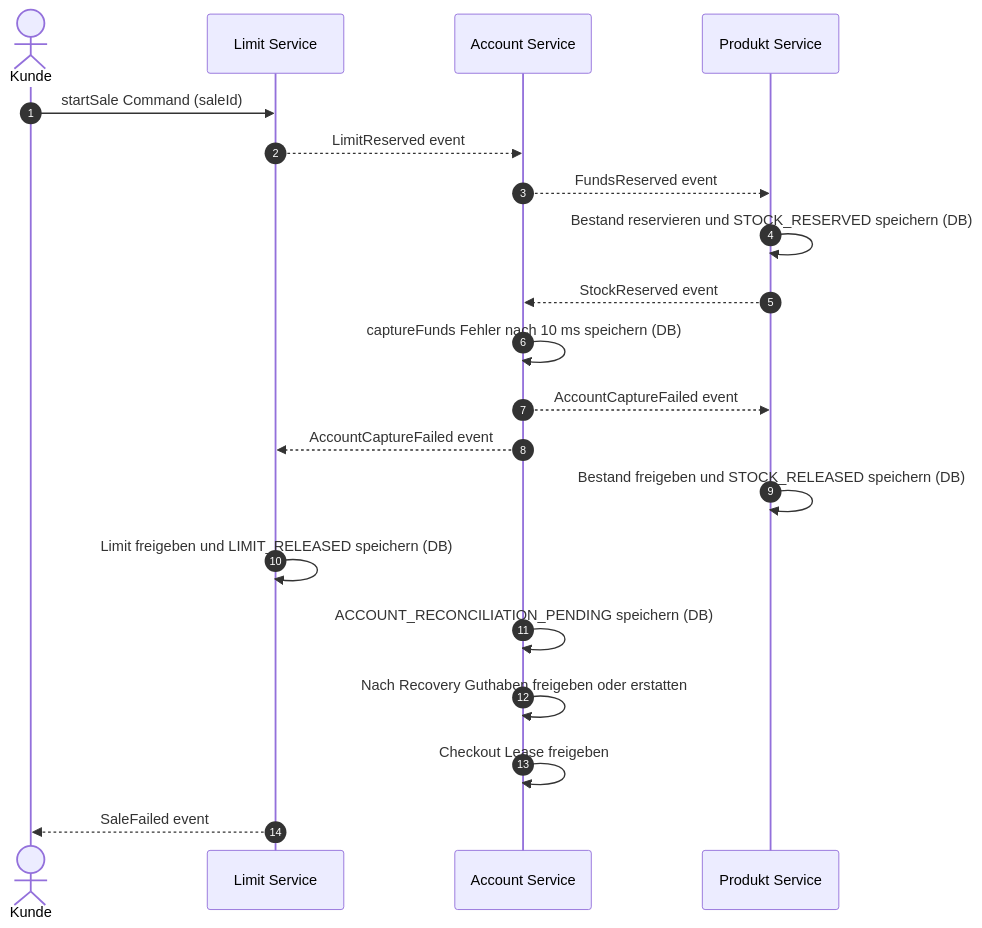
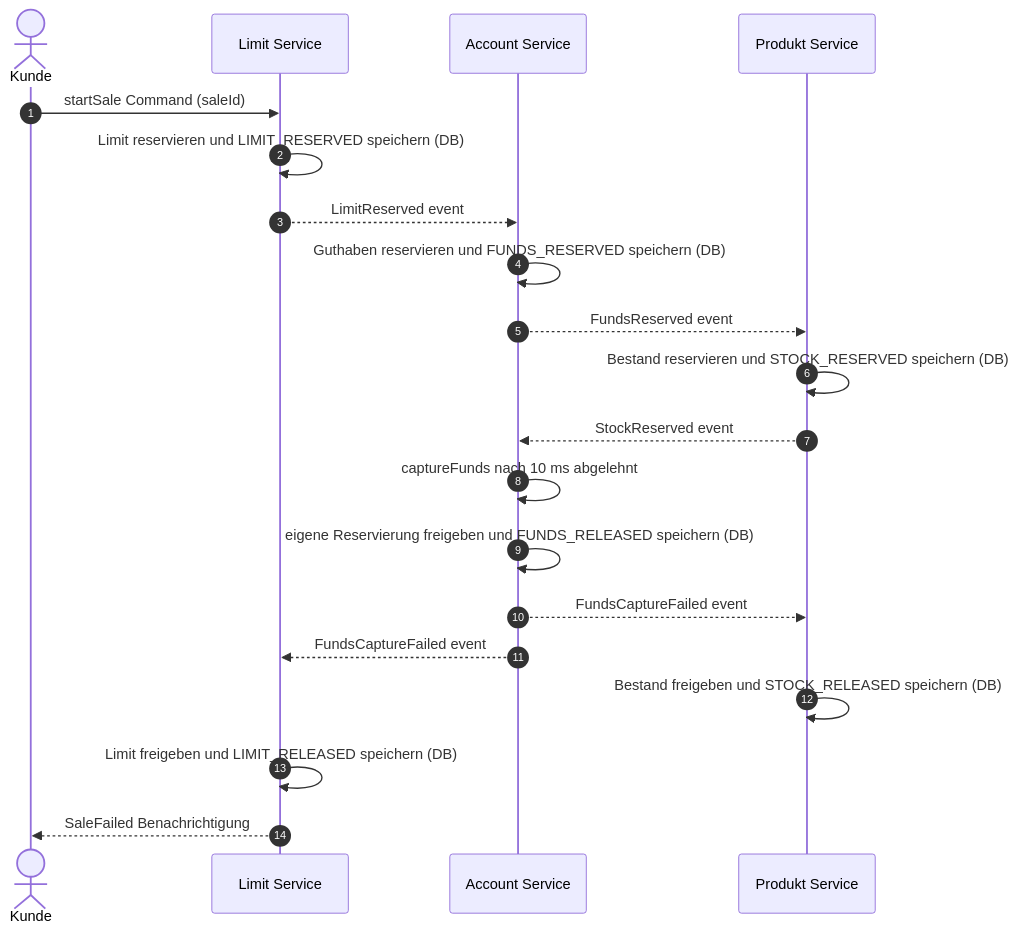
One commit to Adrian-Hansen-dev/second-hand-ticket-app changed diagram 20 of 30 in project-2/abgabe_projekt_2.md. Above: the diagram before and after it, drawn with Mermaid. The commit also changed other lines of this file, not shown here.

````diff
--- a/project-2/abgabe_projekt_2.md
+++ b/project-2/abgabe_projekt_2.md
@@ -711,23 +711,23 @@
 ```mermaid
 sequenceDiagram
     autonumber
     actor Kunde
     participant LS as Limit Service
     participant AS as Account Service
     participant PS as Produkt Service
 
     Kunde->>LS: startSale Command (saleId)
+    LS->>LS: Limit reservieren und LIMIT_RESERVED speichern (DB)
     LS-->>AS: LimitReserved event
+    AS->>AS: Guthaben reservieren und FUNDS_RESERVED speichern (DB)
     AS-->>PS: FundsReserved event
     PS->>PS: Bestand reservieren und STOCK_RESERVED speichern (DB)
     PS-->>AS: StockReserved event
-    AS->>AS: captureFunds Fehler nach 10 ms speichern (DB)
-    AS-->>PS: AccountCaptureFailed event
-    AS-->>LS: AccountCaptureFailed event
+    AS->>AS: captureFunds nach 10 ms abgelehnt
+    AS->>AS: eigene Reservierung freigeben und FUNDS_RELEASED speichern (DB)
+    AS-->>PS: FundsCaptureFailed event
+    AS-->>LS: FundsCaptureFailed event
     PS->>PS: Bestand freigeben und STOCK_RELEASED speichern (DB)
     LS->>LS: Limit freigeben und LIMIT_RELEASED speichern (DB)
-    AS->>AS: ACCOUNT_RECONCILIATION_PENDING speichern (DB)
-    AS->>AS: Nach Recovery Guthaben freigeben oder erstatten
-    AS->>AS: Checkout Lease freigeben
-    LS-->>Kunde: SaleFailed event
+    LS-->>Kunde: SaleFailed Benachrichtigung
 ```
````
